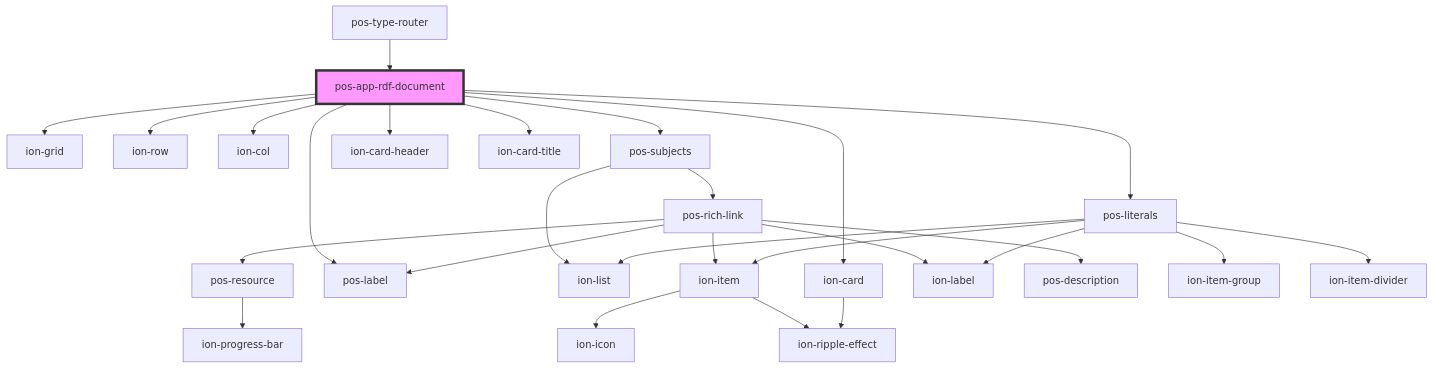
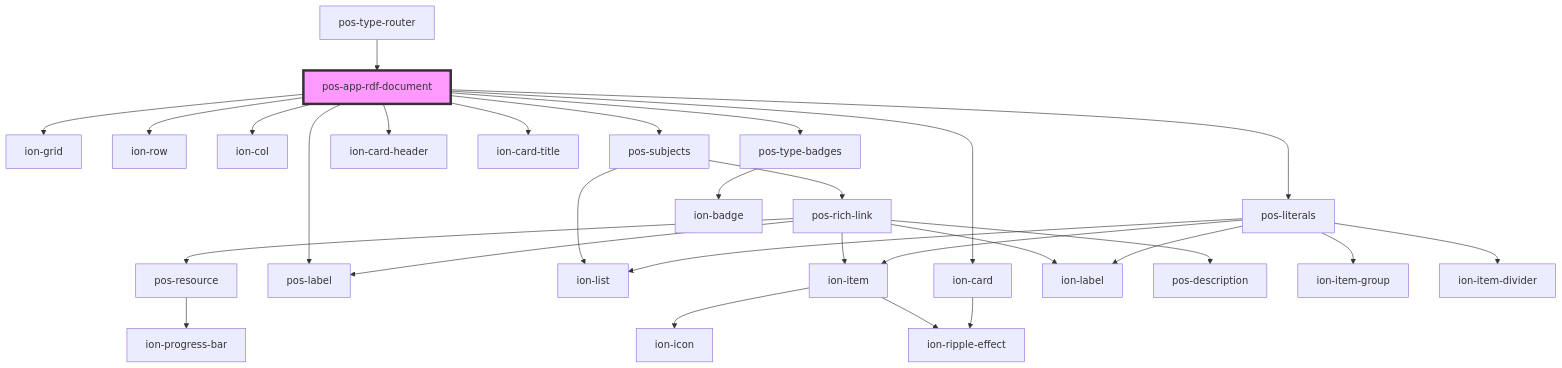
The diagram in docs/elements/apps/pos-app-rdf-document/readme.md (pod-os/PodOS), drawn with Mermaid before and after one commit. The commit also changed other lines of this file and 12 other files, not shown here.

Commit message:
#3 feat: introduced pos-type-badges and add to apps

````diff
--- a/docs/elements/apps/pos-app-rdf-document/readme.md
+++ b/docs/elements/apps/pos-app-rdf-document/readme.md
@@ -27,30 +28,32 @@
 ```mermaid
 graph TD;
   pos-app-rdf-document --> ion-grid
   pos-app-rdf-document --> ion-row
   pos-app-rdf-document --> ion-col
   pos-app-rdf-document --> pos-subjects
   pos-app-rdf-document --> ion-card
   pos-app-rdf-document --> ion-card-header
   pos-app-rdf-document --> ion-card-title
   pos-app-rdf-document --> pos-label
+  pos-app-rdf-document --> pos-type-badges
   pos-app-rdf-document --> pos-literals
   pos-subjects --> pos-rich-link
   pos-subjects --> ion-list
   pos-rich-link --> pos-resource
   pos-rich-link --> ion-item
   pos-rich-link --> ion-label
   pos-rich-link --> pos-label
   pos-rich-link --> pos-description
   pos-resource --> ion-progress-bar
   ion-item --> ion-icon
   ion-item --> ion-ripple-effect
   ion-card --> ion-ripple-effect
+  pos-type-badges --> ion-badge
   pos-literals --> ion-item-group
   pos-literals --> ion-item-divider
   pos-literals --> ion-label
   pos-literals --> ion-item
   pos-literals --> ion-list
   pos-type-router --> pos-app-rdf-document
   style pos-app-rdf-document fill:#f9f,stroke:#333,stroke-width:4px
 ```
````
